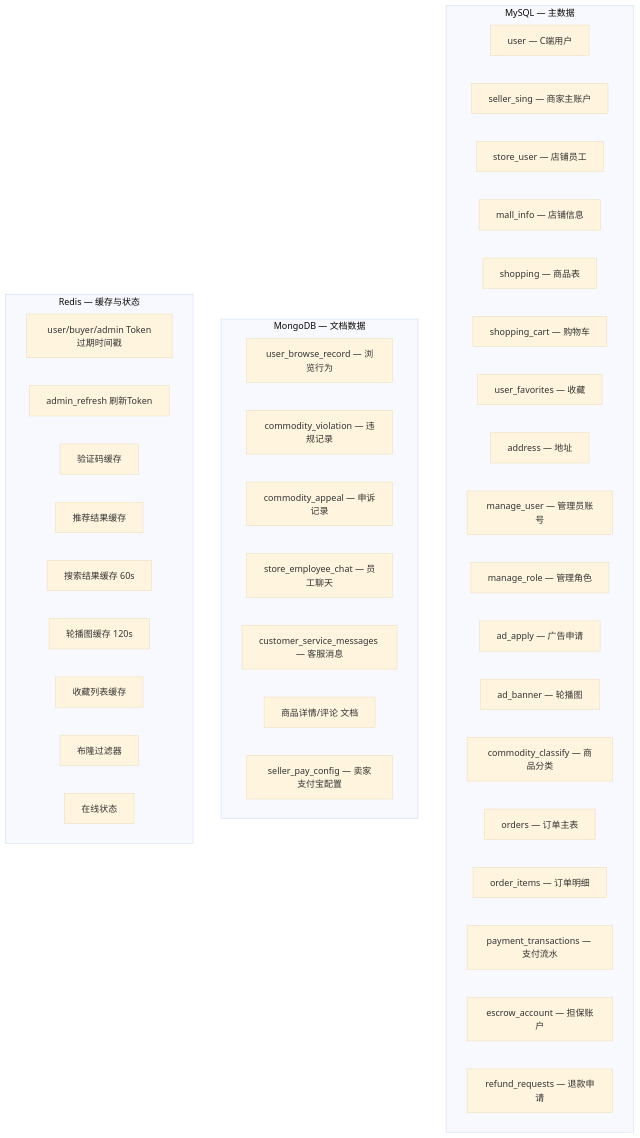
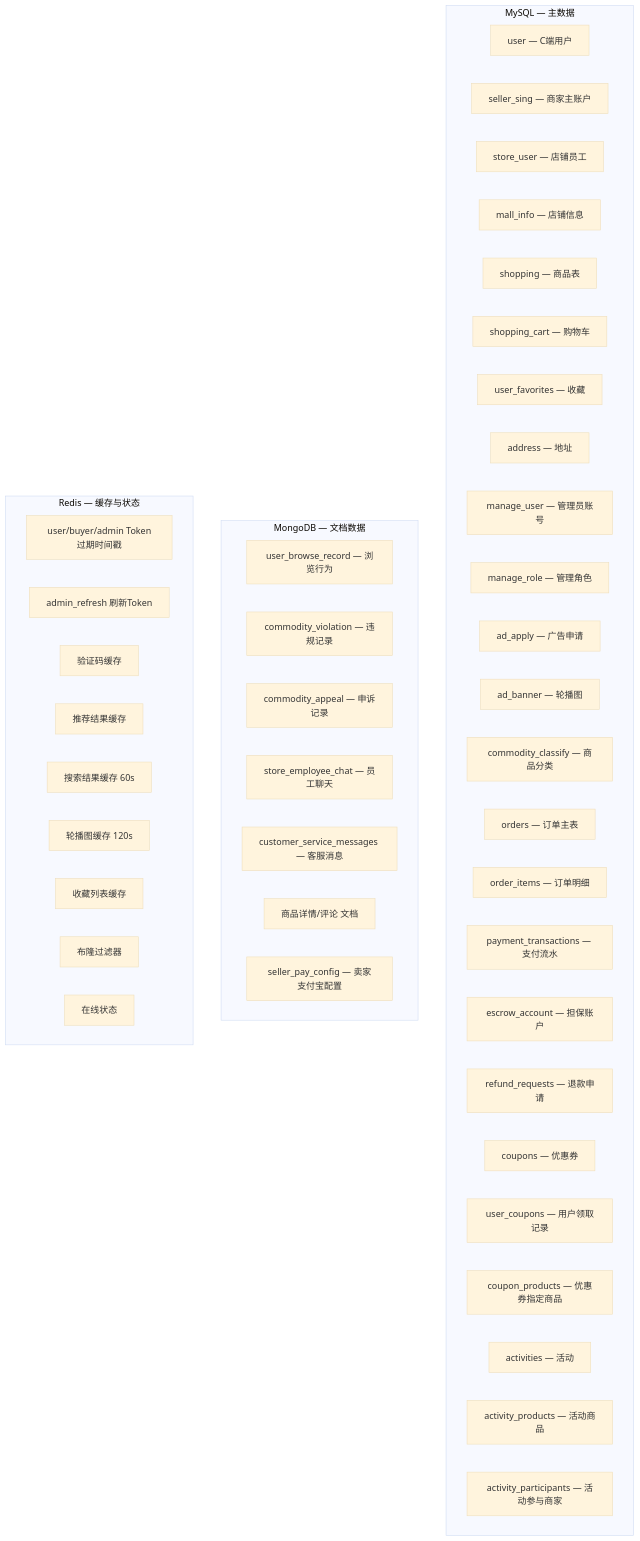
One commit to SDIJF1521/xb_mall changed the tenth of 12 diagrams in README.md. Above: the diagram before and after it, drawn with Mermaid (base theme). The commit also changed other lines of this file and 47 other files, not shown here.

````diff
--- a/README.md
+++ b/README.md
@@ -493,45 +518,51 @@
 ```mermaid
 flowchart TB
     subgraph MySQL["MySQL — 主数据"]
         T1["user — C端用户"]
         T2["seller_sing — 商家主账户"]
         T3["store_user — 店铺员工"]
         T4["mall_info — 店铺信息"]
         T5["shopping — 商品表"]
         T6["shopping_cart — 购物车"]
         T7["user_favorites — 收藏"]
         T8["address — 地址"]
         T9["manage_user — 管理员账号"]
         T10["manage_role — 管理角色"]
         T11["ad_apply — 广告申请"]
         T12["ad_banner — 轮播图"]
         T13["commodity_classify — 商品分类"]
         T14["orders — 订单主表"]
         T15["order_items — 订单明细"]
         T16["payment_transactions — 支付流水"]
         T17["escrow_account — 担保账户"]
         T18["refund_requests — 退款申请"]
+        T19["coupons — 优惠券"]
+        T20["user_coupons — 用户领取记录"]
+        T21["coupon_products — 优惠券指定商品"]
+        T22["activities — 活动"]
+        T23["activity_products — 活动商品"]
+        T24["activity_participants — 活动参与商家"]
     end
 
     subgraph MongoDB["MongoDB — 文档数据"]
         M1["user_browse_record — 浏览行为"]
         M2["commodity_violation — 违规记录"]
         M3["commodity_appeal — 申诉记录"]
         M4["store_employee_chat — 员工聊天"]
         M5["customer_service_messages — 客服消息"]
         M6["商品详情/评论 文档"]
         M7["seller_pay_config — 卖家支付宝配置"]
     end
 
     subgraph Redis["Redis — 缓存与状态"]
         R1["user/buyer/admin Token过期时间戳"]
         R2["admin_refresh 刷新Token"]
         R3["验证码缓存"]
         R4["推荐结果缓存"]
         R5["搜索结果缓存 60s"]
         R6["轮播图缓存 120s"]
         R7["收藏列表缓存"]
         R8["布隆过滤器"]
         R9["在线状态"]
     end
 ```
````
